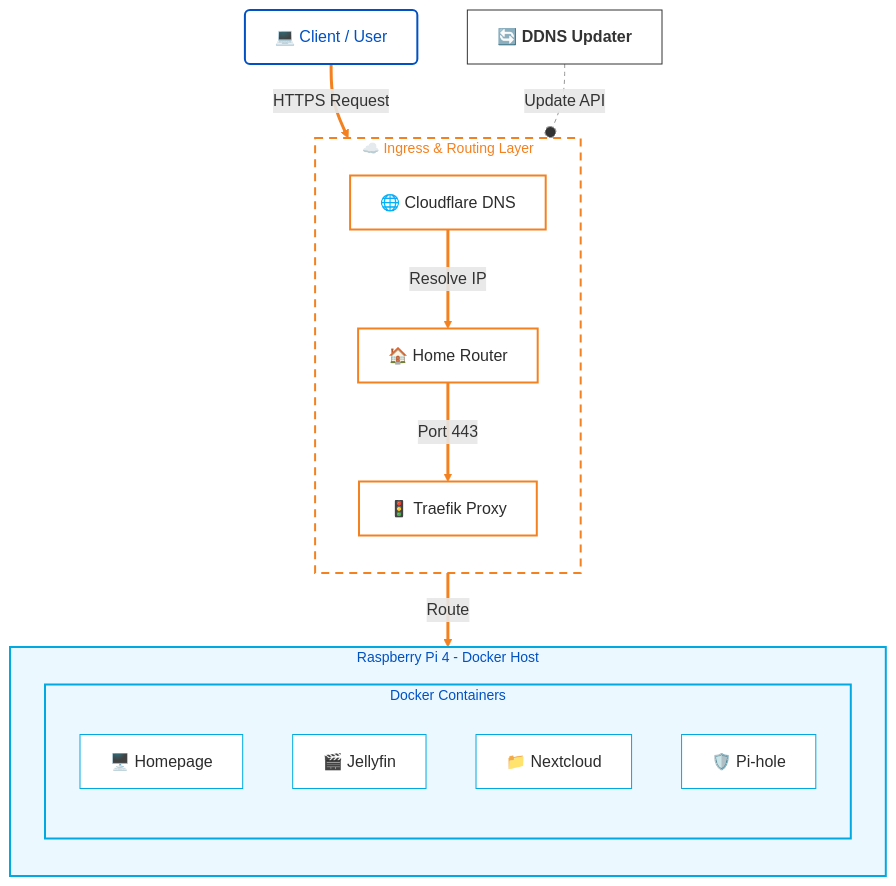
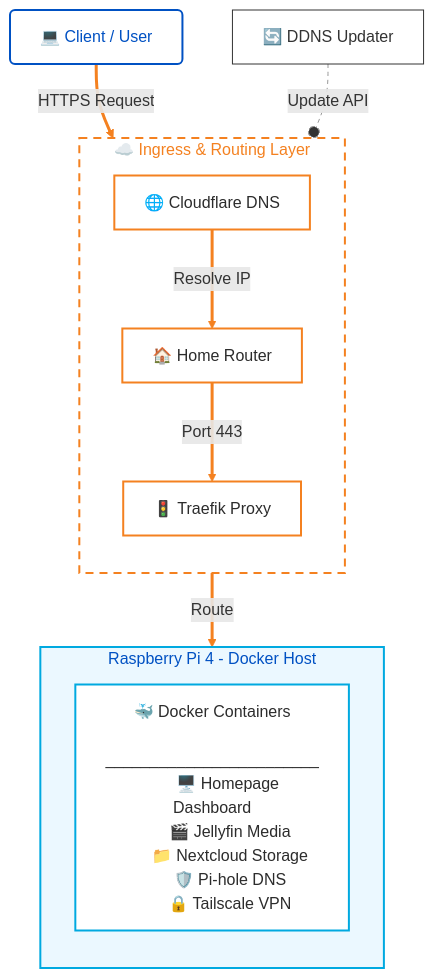
One commit to charan-altro/self-host-lab changed the diagram in README.md. Above: the diagram before and after it, drawn with Mermaid.

````diff
--- a/README.md
+++ b/README.md
@@ -10,71 +10,68 @@
 ```mermaid
 flowchart TB
     %% --- GLOBAL STYLES ---
-    %% 1. Basic Nodes (White with dark text, sharp corners)
-    classDef base fill:#fff,stroke:#333,stroke-width:1px,color:#333,rx:0,ry:0,font-family:Arial,font-weight:bold
+    %% 1. Basic Nodes (White Background, Sharp Corners)
+    classDef base fill:#fff,stroke:#333,stroke-width:1px,color:#333,rx:0,ry:0,font-family:Arial
     
     %% 2. The Client (Blue Outline)
     classDef client fill:#fff,stroke:#0051C3,stroke-width:2px,color:#0051C3,rx:5,ry:5
     
-    %% 3. The "Network/Transit" Components (Orange Theme)
+    %% 3. The Network Components (Orange Theme)
     classDef transit fill:#fff,stroke:#F48120,stroke-width:2px,color:#2c2c2c,rx:0,ry:0
     
-    %% 4. The "App" Components (Blue Theme)
-    classDef appNode fill:#fff,stroke:#00A9E0,stroke-width:1px,color:#2c2c2c,rx:0,ry:0
+    %% 4. The Docker List Box (Blue Theme, Left Aligned Text)
+    classDef listBox fill:#fff,stroke:#00A9E0,stroke-width:2px,color:#2c2c2c,rx:0,ry:0,align:left
 
-    %% --- SUBGRAPH STYLES (The "Big Boxes") ---
-    %% The "Middle" Dotted Orange Box
-    classDef networkContainer fill:#fff,stroke:#F48120,stroke-width:2px,stroke-dasharray: 8 6,color:#F48120,font-size:14px
-    %% The "Bottom" Solid Blue Box
-    classDef appContainer fill:#EBF8FF,stroke:#00A9E0,stroke-width:2px,color:#0051C3,font-size:14px
+    %% --- CONTAINER STYLES ---
+    %% Dashed Orange for Network
+    classDef networkContainer fill:#fff,stroke:#F48120,stroke-width:2px,stroke-dasharray: 8 6,color:#F48120
+    %% Solid Blue for Server
+    classDef serverContainer fill:#EBF8FF,stroke:#00A9E0,stroke-width:2px,color:#0051C3
 
     %% --- DIAGRAM STRUCTURE ---
 
-    %% 1. USER (Top)
+    %% 1. TOP: Client & Helper
     User["💻 Client / User"]:::client
+    DDNS["🔄 DDNS Updater"]:::base
 
-    %% 2. THE ROUTING JOURNEY (Middle - Flowing Down)
+    %% 2. MIDDLE: Routing Layer
     subgraph Routing ["☁️ Ingress & Routing Layer"]
         direction TB
         DNS["🌐 Cloudflare DNS"]:::transit
         Router["🏠 Home Router"]:::transit
         Traefik["🚦 Traefik Proxy"]:::transit
     end
 
-    %% 3. THE DESTINATION (Bottom)
+    %% 3. BOTTOM: Server & App List
     subgraph Server ["Raspberry Pi 4 - Docker Host"]
         direction TB
         
-        %% This creates the "Stack" inside the blue box
-        subgraph DockerStack ["Docker Containers"]
-            direction TB
-            Homepage["🖥️ Homepage"]:::appNode
-            Jellyfin["🎬 Jellyfin"]:::appNode
-            Nextcloud["📁 Nextcloud"]:::appNode
-            PiHole["🛡️ Pi-hole"]:::appNode
-        end
+        %% This is the Single Box with the List you requested
+        DockerList["🐳 Docker Containers
+        ________________________
+        🖥️ Homepage Dashboard
+        🎬 Jellyfin Media
+        📁 Nextcloud Storage
+        🛡️ Pi-hole DNS
+        🔒 Tailscale VPN"]:::listBox
     end
-
-    %% 4. SIDE PROCESSES
-    DDNS["🔄 DDNS Updater"]:::base
 
     %% --- CONNECTIONS ---
     
     %% Main Flow (Thick Orange Lines)
     User ==>|HTTPS Request| DNS
     DNS ==>|Resolve IP| Router
     Router ==>|Port 443| Traefik
-    Traefik ==>|Route| DockerStack
+    Traefik ==>|Route| DockerList
 
     %% Helper Lines (Dashed Gray)
     DDNS -.-o|Update API| DNS
 
     %% --- APPLY STYLES ---
     class Routing networkContainer
-    class Server appContainer
-    class DockerStack appContainer
+    class Server serverContainer
 
     %% Link Styles: 0-3 are Orange (Active Path), 4 is Gray (Helper)
     linkStyle 0,1,2,3 stroke:#F48120,stroke-width:3px,fill:none
     linkStyle 4 stroke:#999,stroke-width:1px,stroke-dasharray: 4 4
 ```
````
